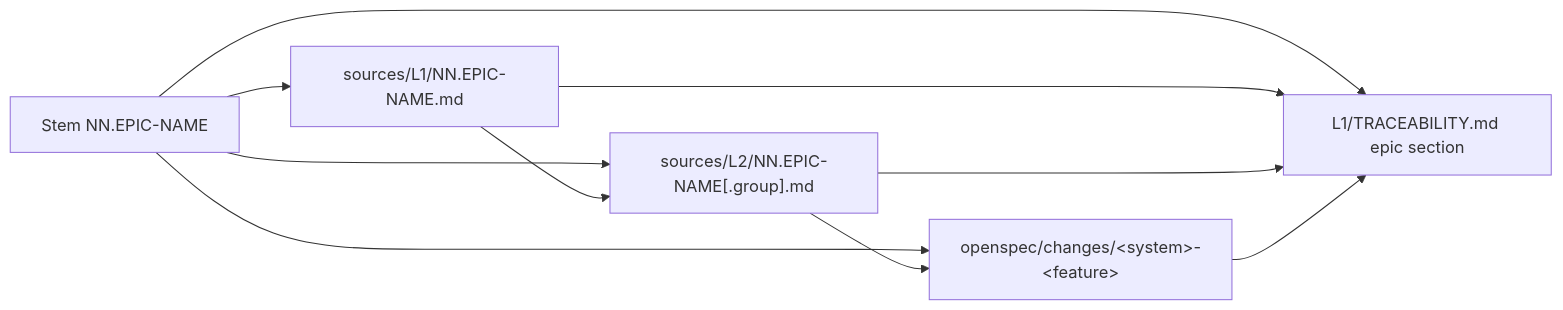
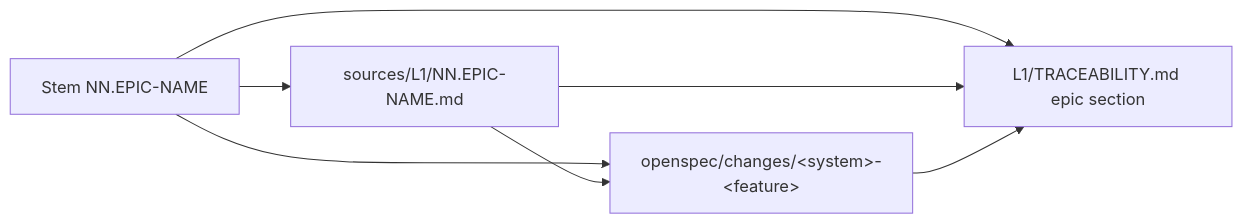
The fourth of 9 diagrams in .dsh/METHODOLOGY.md (AdamAntinoo/neocom-meta), drawn with Mermaid before and after one commit. The commit also changed other lines of this file and 261 other files, not shown here.

````diff
--- a/.dsh/METHODOLOGY.md
+++ b/.dsh/METHODOLOGY.md
@@ -205,11 +194,9 @@
 ```mermaid
 flowchart LR
   stem["Stem NN.EPIC-NAME"] --> L1["sources/L1/NN.EPIC-NAME.md"]
-  stem --> L2["sources/L2/NN.EPIC-NAME[.group].md"]
   stem --> OS["openspec/changes/&lt;system&gt;-&lt;feature&gt;"]
   stem --> TR["L1/TRACEABILITY.md epic section"]
-  L1 --> L2 --> OS
+  L1 --> OS
   L1 --> TR
-  L2 --> TR
   OS --> TR
 ```
````
